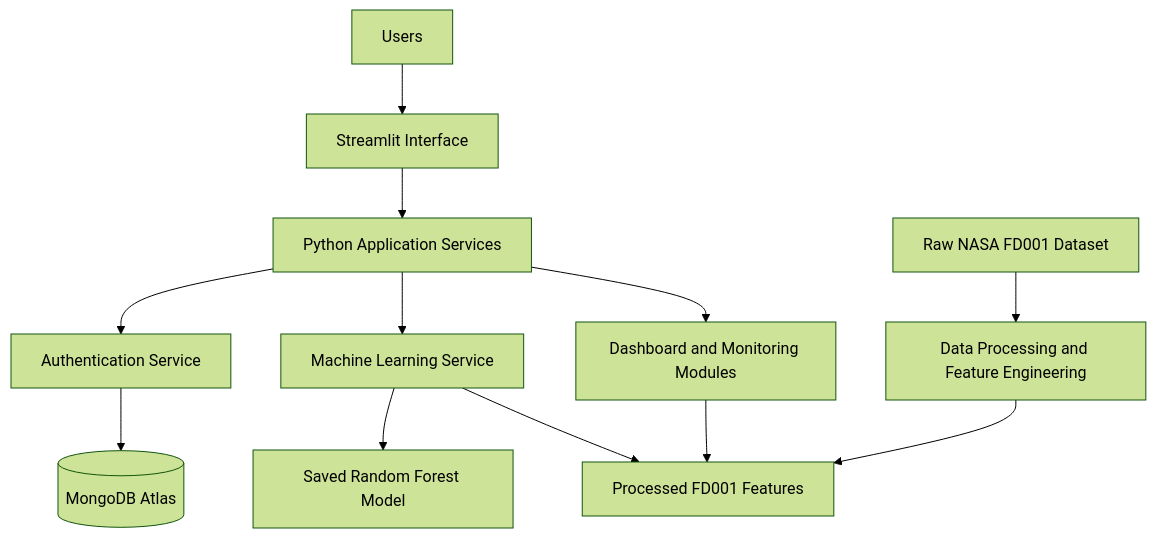
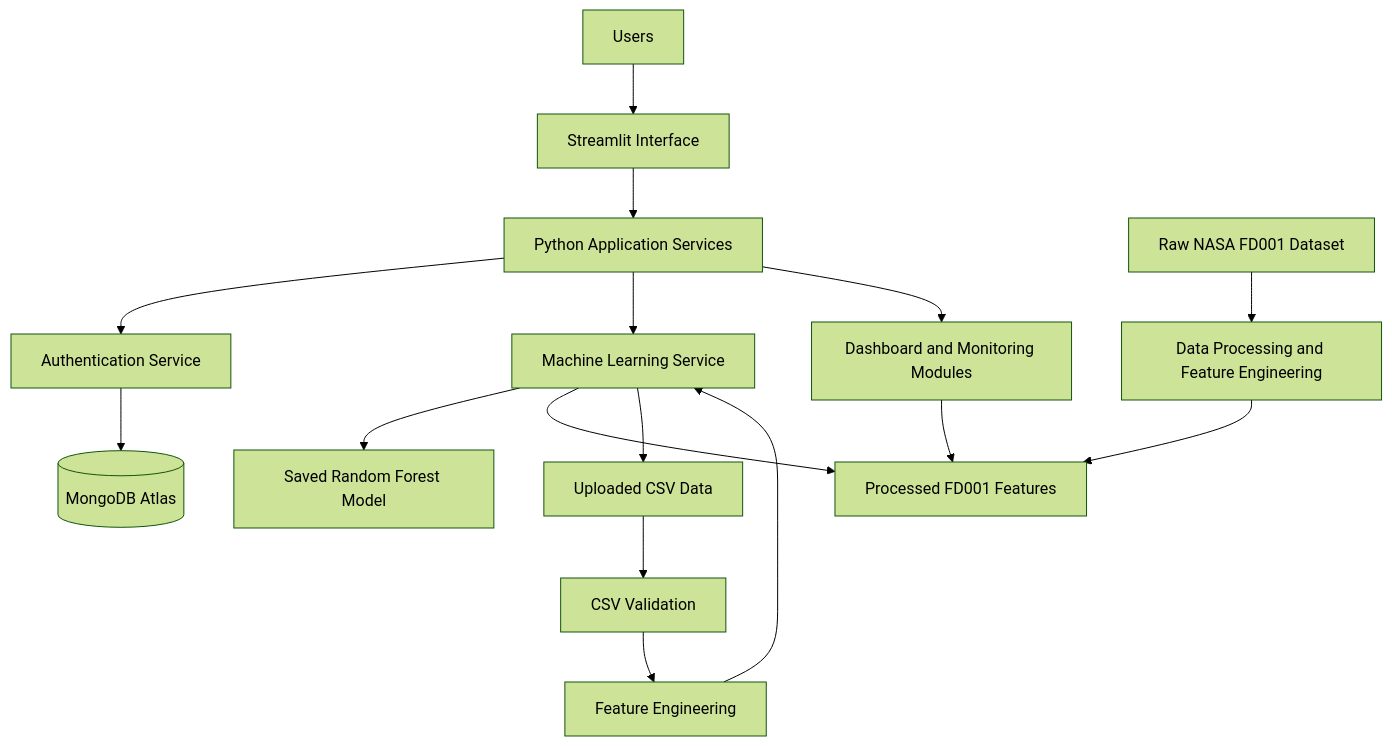
The diagram in README.md (Shibani-09/-Predictive-Maintenance-ML), drawn with Mermaid (forest theme) before and after one commit. The commit also changed other lines of this file, not shown here.

````diff
--- a/README.md
+++ b/README.md
@@ -91,20 +102,25 @@
 ```mermaid
 flowchart TD
     A[Users] --> B[Streamlit Interface]
 
     B --> C[Python Application Services]
 
     C --> D[Authentication Service]
     C --> E[Machine Learning Service]
     C --> F[Dashboard and Monitoring Modules]
 
     D --> G[(MongoDB Atlas)]
 
     E --> H[Saved Random Forest Model]
     E --> I[Processed FD001 Features]
+    E --> J[Uploaded CSV Data]
+
+    J --> K[CSV Validation]
+    K --> L[Feature Engineering]
+    L --> E
 
     F --> I
 
-    J[Raw NASA FD001 Dataset] --> K[Data Processing and Feature Engineering]
-    K --> I
+    M[Raw NASA FD001 Dataset] --> N[Data Processing and Feature Engineering]
+    N --> I
 ```
````
